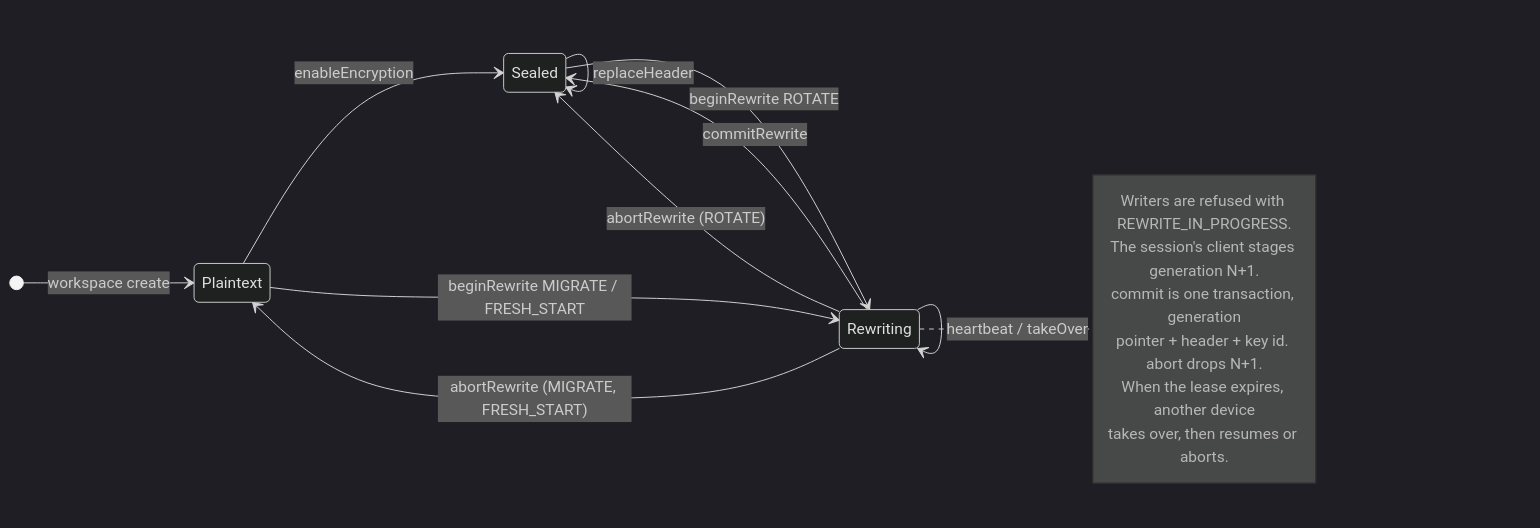
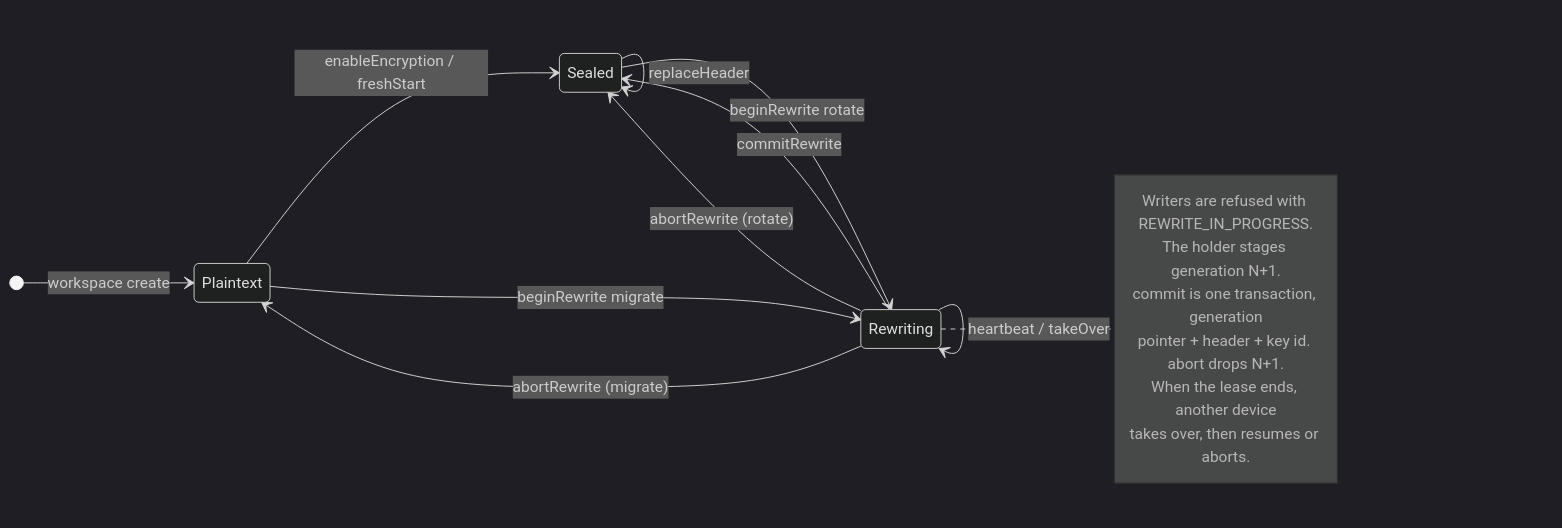
Before and after one commit to joelee/passalong-server: the third of 3 diagrams in docs/architecture.md, drawn with Mermaid (dark theme). The commit also changed other lines of this file and 8 other files, not shown here.

First line of the commit message:
docs(api): OpenAPI contract, rewrite session, and client mapping

````diff
--- a/docs/architecture.md
+++ b/docs/architecture.md
@@ -213,22 +216,22 @@
 ```mermaid
 stateDiagram-v2
   direction LR
   [*] --> Plaintext: workspace create
-  Plaintext --> Sealed: enableEncryption
-  Plaintext --> Rewriting: beginRewrite MIGRATE / FRESH_START
+  Plaintext --> Sealed: enableEncryption / freshStart
+  Plaintext --> Rewriting: beginRewrite migrate
   Sealed --> Sealed: replaceHeader
-  Sealed --> Rewriting: beginRewrite ROTATE
+  Sealed --> Rewriting: beginRewrite rotate
   Rewriting --> Rewriting: heartbeat / takeOver
   Rewriting --> Sealed: commitRewrite
-  Rewriting --> Sealed: abortRewrite (ROTATE)
-  Rewriting --> Plaintext: abortRewrite (MIGRATE, FRESH_START)
+  Rewriting --> Sealed: abortRewrite (rotate)
+  Rewriting --> Plaintext: abortRewrite (migrate)
 
   note right of Rewriting
     Writers are refused with REWRITE_IN_PROGRESS.
-    The session's client stages generation N+1.
+    The holder stages generation N+1.
     commit is one transaction, generation
     pointer + header + key id. abort drops N+1.
-    When the lease expires, another device
+    When the lease ends, another device
     takes over, then resumes or aborts.
   end note
 ```
````
